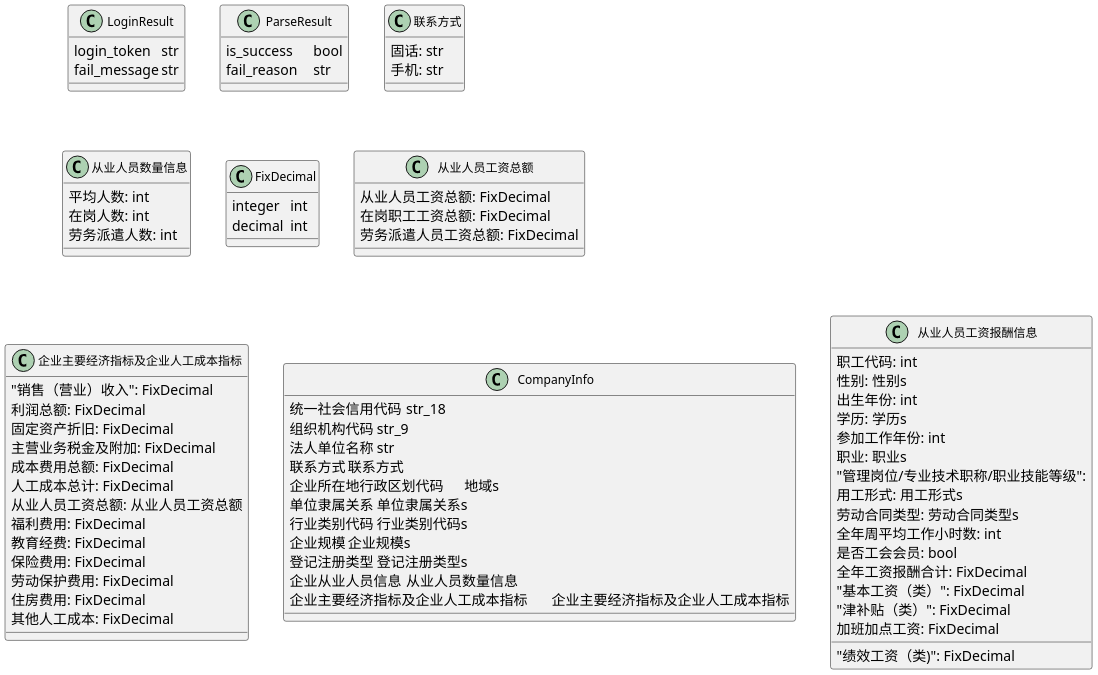
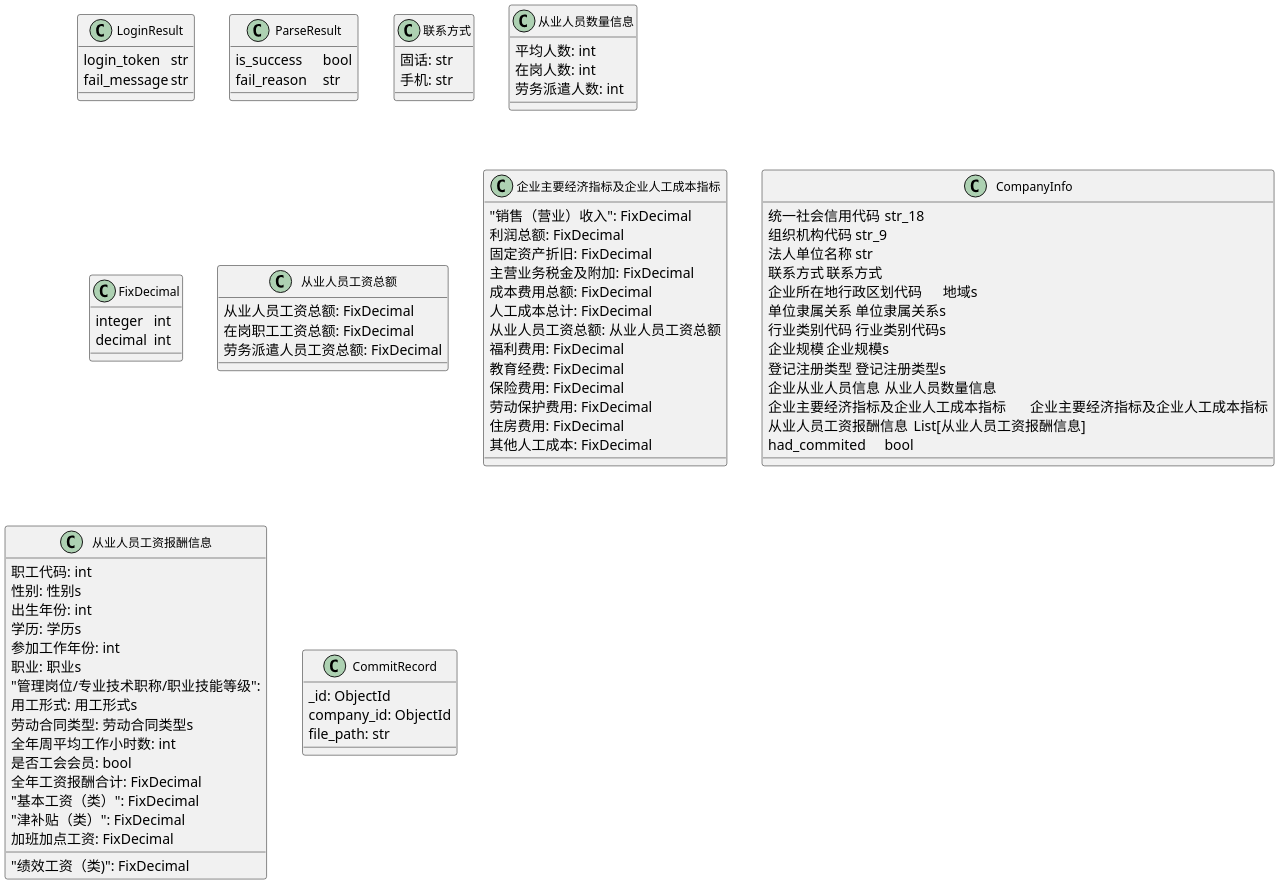
Before and after one commit to KAILINYmq/questionnaire_system: the diagram in 需求分析/类图.iuml, drawn with PlantUML. The commit also changed 2 other files, not shown here.

Commit message:
修改了类图和修改调用约定

```diff
--- a/需求分析/类图.iuml
+++ b/需求分析/类图.iuml
@@ -1,83 +1,88 @@
 @startuml 用例图
 skinparam classFontSize 12
 skinparam classFontName Consolas
 
 scale 2
 
 class LoginResult {
     login_token	str
     fail_message	str
 }
 
 class ParseResult {
 	is_success	bool
 	fail_reason	str
 }
 
 class 联系方式 {
 	固话: str
 	手机: str
 }
 class 从业人员数量信息 {
 	平均人数: int
 	在岗人数: int
 	劳务派遣人数: int
 }
 class FixDecimal {
 	integer	int
 	decimal	int
 }
 class 从业人员工资总额 {
 	从业人员工资总额: FixDecimal
 	在岗职工工资总额: FixDecimal
 	劳务派遣人员工资总额: FixDecimal
 }
 class 企业主要经济指标及企业人工成本指标 {
 	"销售（营业）收入": FixDecimal
 	利润总额: FixDecimal
 	固定资产折旧: FixDecimal
 	主营业务税金及附加: FixDecimal
 	成本费用总额: FixDecimal
 	人工成本总计: FixDecimal
 	从业人员工资总额: 从业人员工资总额
 	福利费用: FixDecimal
 	教育经费: FixDecimal
 	保险费用: FixDecimal
 	劳动保护费用: FixDecimal
 	住房费用: FixDecimal
 	其他人工成本: FixDecimal
 }
 class CompanyInfo {
 	统一社会信用代码	str_18
 	组织机构代码	str_9
 	法人单位名称	str
 	联系方式	联系方式
 	企业所在地行政区划代码	地域s
 	单位隶属关系	单位隶属关系s
 	行业类别代码	行业类别代码s
 	企业规模	企业规模s
 	登记注册类型	登记注册类型s
 	企业从业人员信息	从业人员数量信息
 	企业主要经济指标及企业人工成本指标	企业主要经济指标及企业人工成本指标
-
+	从业人员工资报酬信息	List[从业人员工资报酬信息]
+	had_commited	bool
 }
 class 从业人员工资报酬信息{
 	职工代码: int
 	性别: 性别s
 	出生年份: int
 	学历: 学历s
 	参加工作年份: int
 	职业: 职业s
 	"管理岗位/专业技术职称/职业技能等级": 
 	用工形式: 用工形式s
 	劳动合同类型: 劳动合同类型s
 	全年周平均工作小时数: int
 	是否工会会员: bool
 	全年工资报酬合计: FixDecimal
 	"基本工资（类）": FixDecimal
 	"绩效工资（类)": FixDecimal
 	"津补贴（类）": FixDecimal
 	加班加点工资: FixDecimal
 }
-
+class CommitRecord{
+	_id: ObjectId 
+	company_id: ObjectId 
+	file_path: str
+}
 @enduml
```
